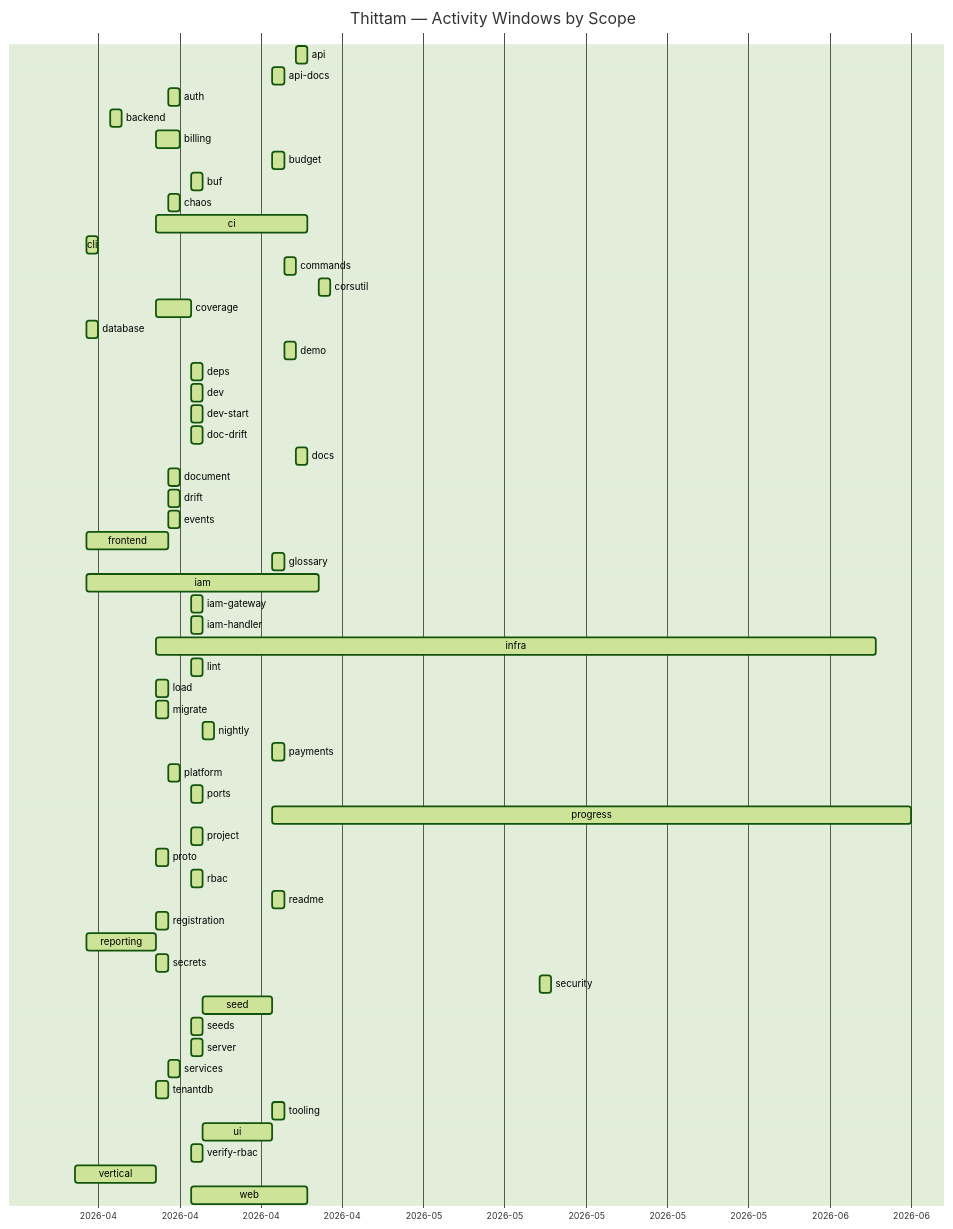
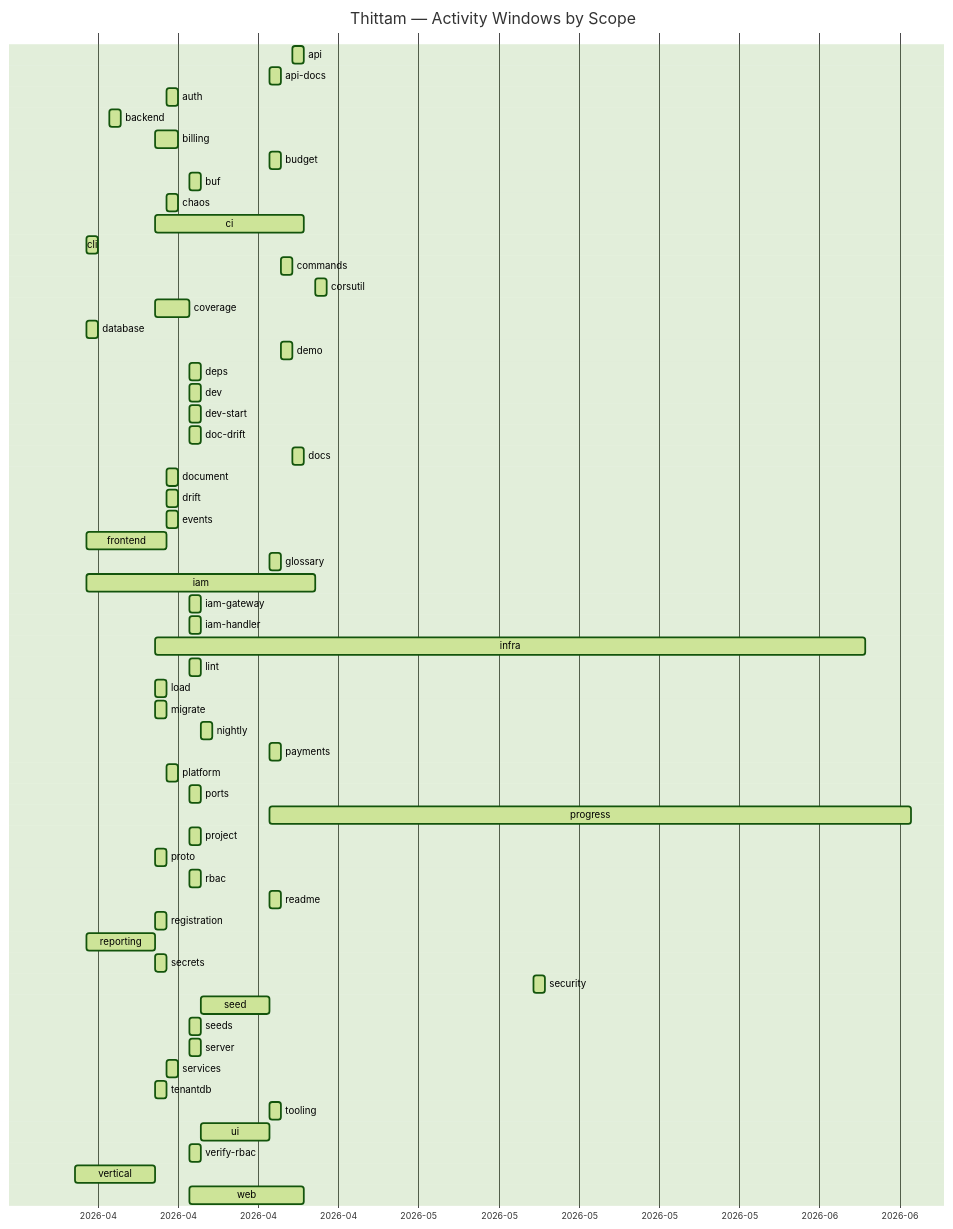
The diagram in docs/PROGRESS.md (wegofwd2020-hub/thittam), drawn with Mermaid (forest theme) before and after one commit. The commit also changed other lines of this file and 1 other file, not shown here.

Commit message:
chore(progress): nightly update of docs/PROGRESS.md + CSVs

````diff
--- a/docs/PROGRESS.md
+++ b/docs/PROGRESS.md
@@ -9,61 +9,61 @@
 ```mermaid
 gantt
     title Thittam — Activity Windows by Scope
     dateFormat YYYY-MM-DD
     axisFormat %Y-%m
     api                :active, s_api, 2026-04-22, 2026-04-23
     api-docs           :active, s_api_docs, 2026-04-20, 2026-04-21
     auth               :active, s_auth, 2026-04-11, 2026-04-12
     backend            :active, s_backend, 2026-04-06, 2026-04-07
     billing            :active, s_billing, 2026-04-10, 2026-04-12
     budget             :active, s_budget, 2026-04-20, 2026-04-21
     buf                :active, s_buf, 2026-04-13, 2026-04-14
     chaos              :active, s_chaos, 2026-04-11, 2026-04-12
     ci                 :active, s_ci, 2026-04-10, 2026-04-23
     cli                :active, s_cli, 2026-04-04, 2026-04-05
     commands           :active, s_commands, 2026-04-21, 2026-04-22
     corsutil           :active, s_corsutil, 2026-04-24, 2026-04-25
     coverage           :active, s_coverage, 2026-04-10, 2026-04-13
     database           :active, s_database, 2026-04-04, 2026-04-05
     demo               :active, s_demo, 2026-04-21, 2026-04-22
     deps               :active, s_deps, 2026-04-13, 2026-04-14
     dev                :active, s_dev, 2026-04-13, 2026-04-14
     dev-start          :active, s_dev_start, 2026-04-13, 2026-04-14
     doc-drift          :active, s_doc_drift, 2026-04-13, 2026-04-14
     docs               :active, s_docs, 2026-04-22, 2026-04-23
     document           :active, s_document, 2026-04-11, 2026-04-12
     drift              :active, s_drift, 2026-04-11, 2026-04-12
     events             :active, s_events, 2026-04-11, 2026-04-12
     frontend           :active, s_frontend, 2026-04-04, 2026-04-11
     glossary           :active, s_glossary, 2026-04-20, 2026-04-21
     iam                :active, s_iam, 2026-04-04, 2026-04-24
     iam-gateway        :active, s_iam_gateway, 2026-04-13, 2026-04-14
     iam-handler        :active, s_iam_handler, 2026-04-13, 2026-04-14
     infra              :active, s_infra, 2026-04-10, 2026-06-11
     lint               :active, s_lint, 2026-04-13, 2026-04-14
     load               :active, s_load, 2026-04-10, 2026-04-11
     migrate            :active, s_migrate, 2026-04-10, 2026-04-11
     nightly            :active, s_nightly, 2026-04-14, 2026-04-15
     payments           :active, s_payments, 2026-04-20, 2026-04-21
     platform           :active, s_platform, 2026-04-11, 2026-04-12
     ports              :active, s_ports, 2026-04-13, 2026-04-14
-    progress           :active, s_progress, 2026-04-20, 2026-06-14
+    progress           :active, s_progress, 2026-04-20, 2026-06-15
     project            :active, s_project, 2026-04-13, 2026-04-14
     proto              :active, s_proto, 2026-04-10, 2026-04-11
     rbac               :active, s_rbac, 2026-04-13, 2026-04-14
     readme             :active, s_readme, 2026-04-20, 2026-04-21
     registration       :active, s_registration, 2026-04-10, 2026-04-11
     reporting          :active, s_reporting, 2026-04-04, 2026-04-10
     secrets            :active, s_secrets, 2026-04-10, 2026-04-11
     security           :active, s_security, 2026-05-13, 2026-05-14
     seed               :active, s_seed, 2026-04-14, 2026-04-20
     seeds              :active, s_seeds, 2026-04-13, 2026-04-14
     server             :active, s_server, 2026-04-13, 2026-04-14
     services           :active, s_services, 2026-04-11, 2026-04-12
     tenantdb           :active, s_tenantdb, 2026-04-10, 2026-04-11
     tooling            :active, s_tooling, 2026-04-20, 2026-04-21
     ui                 :active, s_ui, 2026-04-14, 2026-04-20
     verify-rbac        :active, s_verify_rbac, 2026-04-13, 2026-04-14
     vertical           :active, s_vertical, 2026-04-03, 2026-04-10
     web                :active, s_web, 2026-04-13, 2026-04-23
 ```
````
